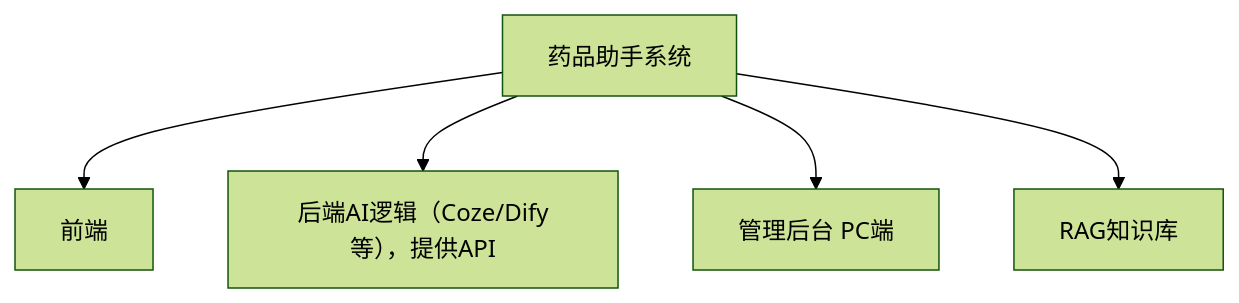
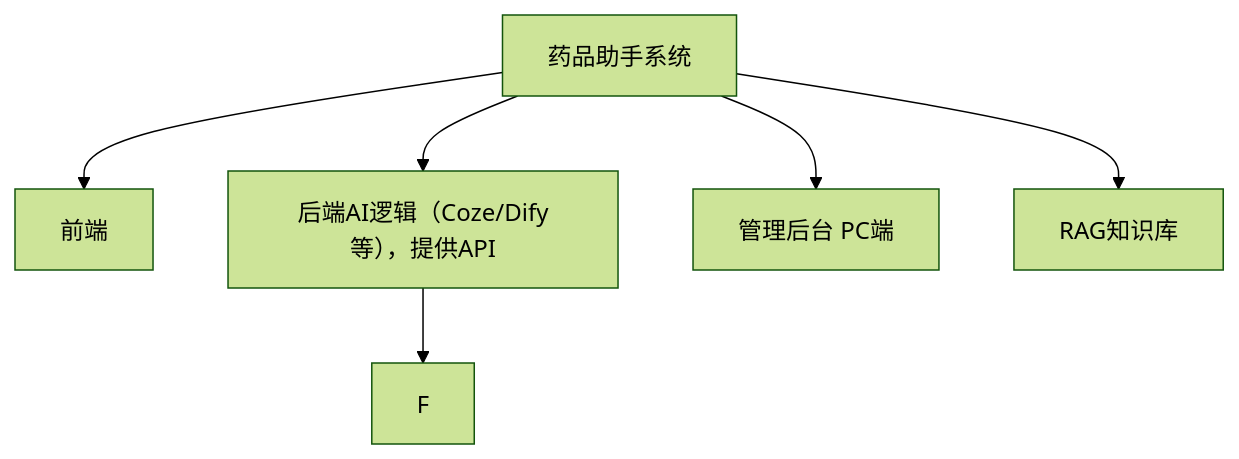
One commit to funnyData/iodraw-files changed the diagram in all/未命名.md. Above: the diagram before and after it, drawn with Mermaid (forest theme).

Commit message:
2025-02-21 14:08:12 update

````diff
--- a/all/未命名.md
+++ b/all/未命名.md
@@ -1,8 +1,8 @@
 ```mermaid
 graph TD
     A[药品助手系统] --> B[前端]
     A --> C[后端AI逻辑（Coze/Dify等），提供API]
-    
+    C --> F
     A --> D[管理后台 PC端]
     A --> E[RAG知识库]
 ```
````
